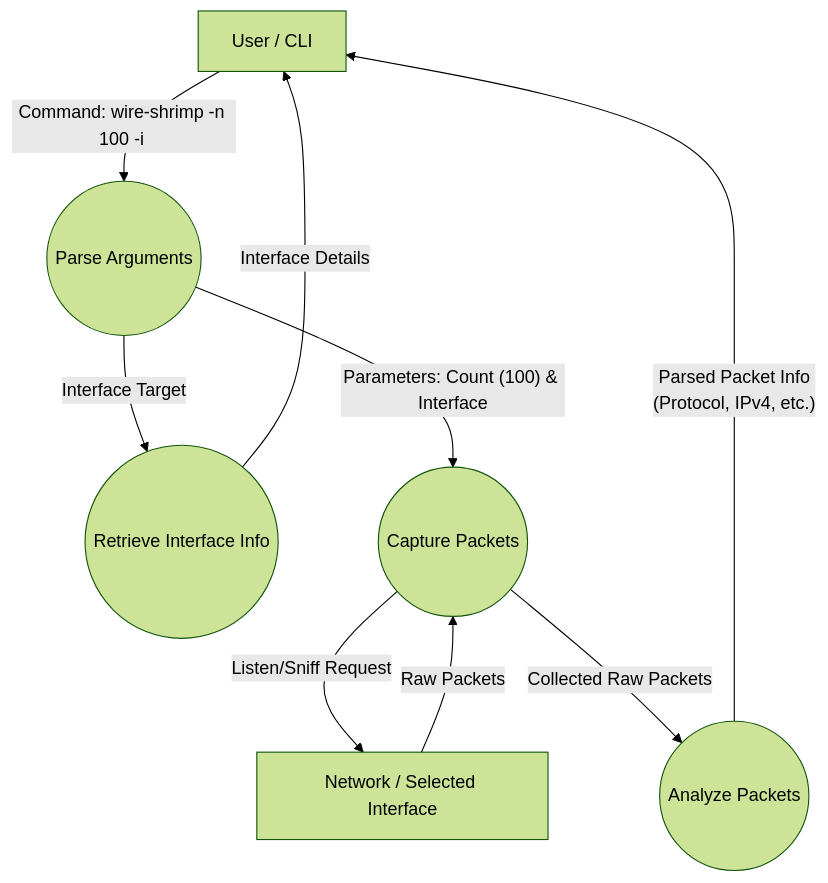
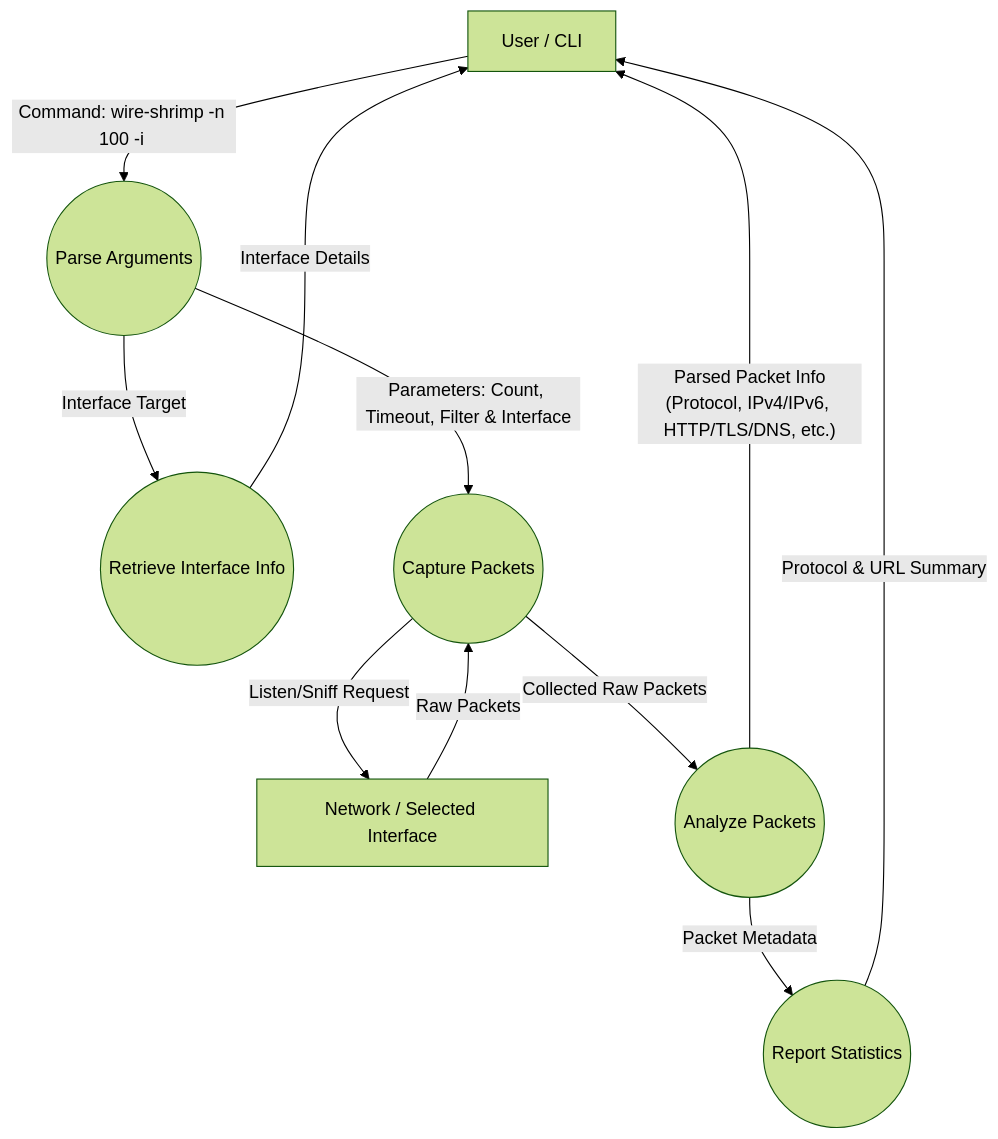
Before and after one commit to jorisunikas/wire-shrimp: the third of 3 diagrams in README.md, drawn with Mermaid (forest theme). The commit also changed other lines of this file, not shown here.

````diff
--- a/README.md
+++ b/README.md
@@ -126,25 +221,28 @@
 ```mermaid
 flowchart TD
     %% External Entities (Rectangles)
     User[User / CLI]
     Network[Network / Selected Interface]
 
     %% Processes (Circles/Rounded)
     P1((Parse Arguments))
     P2((Retrieve Interface Info))
     P3((Capture Packets))
     P4((Analyze Packets))
+    P5((Report Statistics))
 
     %% Data Flows (Arrows)
     User -- "Command: wire-shrimp -n 100 -i <interface>" --> P1
     
     P1 -- "Interface Target" --> P2
     P2 -- "Interface Details" --> User
     
-    P1 -- "Parameters: Count (100) & Interface" --> P3
+    P1 -- "Parameters: Count, Timeout, Filter & Interface" --> P3
     P3 -- "Listen/Sniff Request" --> Network
     Network -- "Raw Packets" --> P3
     
     P3 -- "Collected Raw Packets" --> P4
-    P4 -- "Parsed Packet Info\n(Protocol, IPv4, etc.)" --> User
+    P4 -- "Parsed Packet Info\n(Protocol, IPv4/IPv6, HTTP/TLS/DNS, etc.)" --> User
+    P4 -- "Packet Metadata" --> P5
+    P5 -- "Protocol & URL Summary" --> User
 ```
````
